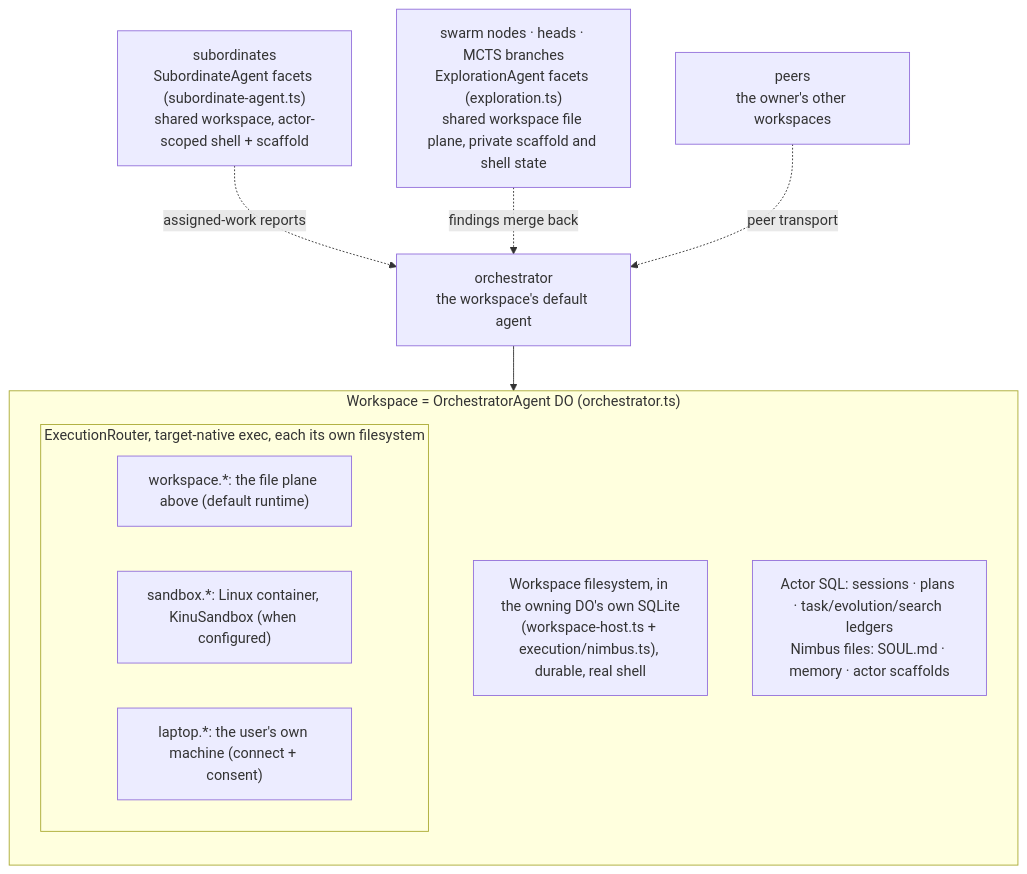
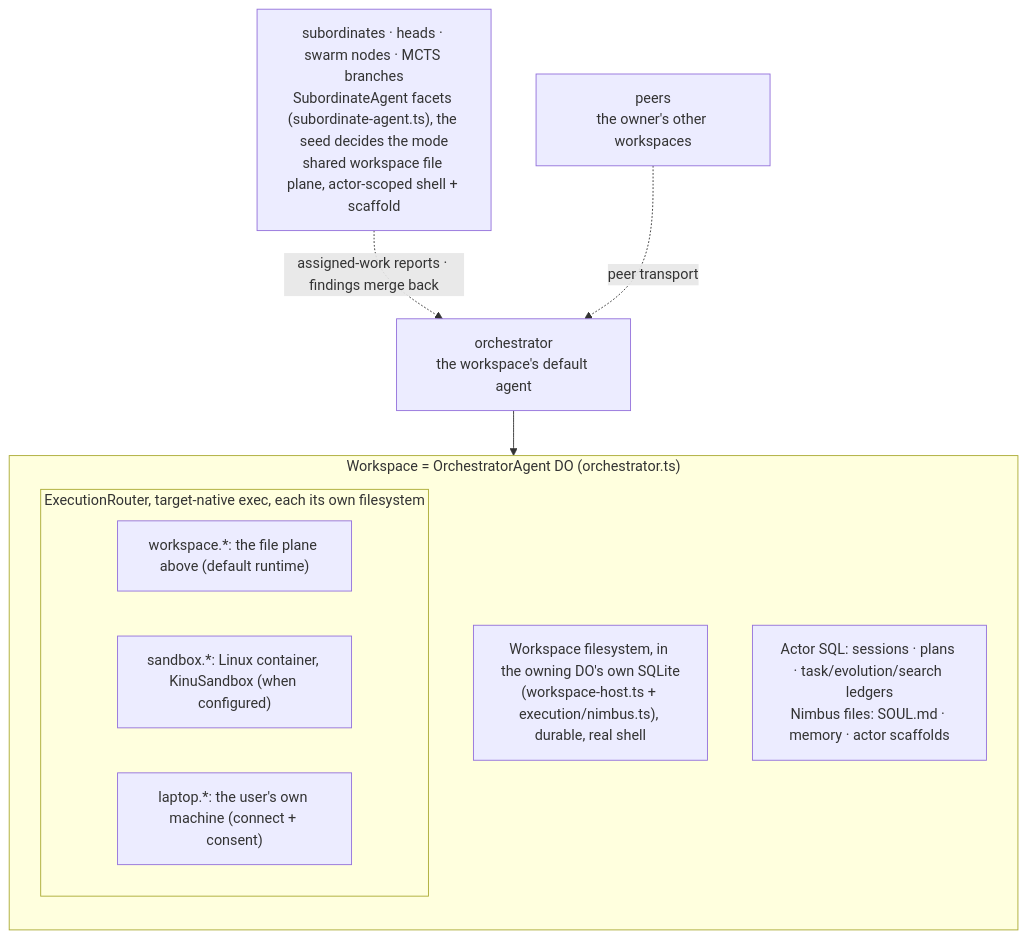
Before and after one commit to AshishKumar4/kinu: the first of 5 diagrams in docs/ARCHITECTURE.md, drawn with Mermaid. The commit also changed other lines of this file and 66 other files, not shown here.

````diff
--- a/docs/ARCHITECTURE.md
+++ b/docs/ARCHITECTURE.md
@@ -22,18 +22,17 @@
 ```mermaid
 graph TB
     subgraph WS["Workspace = OrchestratorAgent DO (orchestrator.ts)"]
         direction TB
         Files["Workspace filesystem, in the owning DO's own SQLite<br/>(workspace-host.ts + execution/nimbus.ts), durable, real shell"]
         subgraph Execs["ExecutionRouter, target-native exec, each its own filesystem"]
             W["workspace.*: the file plane above (default runtime)"]
             S["sandbox.*: Linux container, KinuSandbox (when configured)"]
             P["laptop.*: the user's own machine (connect + consent)"]
         end
         State["Actor SQL: sessions · plans · task/evolution/search ledgers<br/>Nimbus files: SOUL.md · memory · actor scaffolds"]
     end
 
     Orch["orchestrator<br/>the workspace's default agent"] --> WS
-    Subs["subordinates<br/>SubordinateAgent facets (subordinate-agent.ts)<br/>shared workspace, actor-scoped shell + scaffold"] -.->|assigned-work reports| Orch
-    Heads["swarm nodes · heads · MCTS branches<br/>ExplorationAgent facets (exploration.ts)<br/>shared workspace file plane, private scaffold and shell state"] -.->|findings merge back| Orch
+    Subs["subordinates · heads · swarm nodes · MCTS branches<br/>SubordinateAgent facets (subordinate-agent.ts), the seed decides the mode<br/>shared workspace file plane, actor-scoped shell + scaffold"] -.->|assigned-work reports · findings merge back| Orch
     Peers["peers<br/>the owner's other workspaces"] -.->|peer transport| Orch
 ```
````
